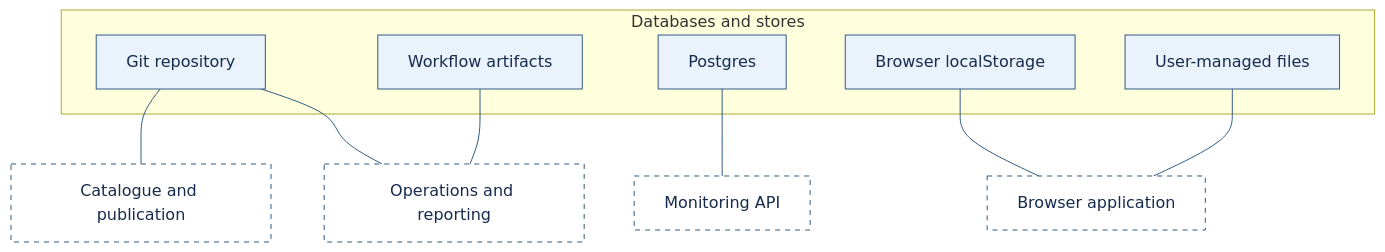
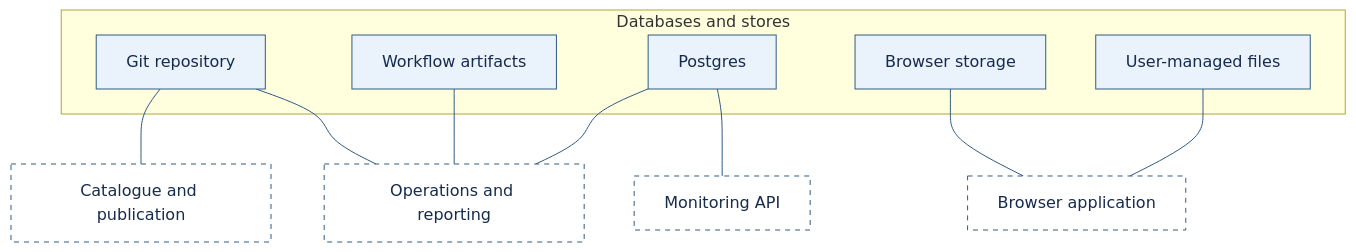
One commit to pekka-28/unesco changed the seventh of 8 diagrams in ARCHITECTURE.md. Above: the diagram before and after it, drawn with Mermaid. The commit also changed other lines of this file and 16 other files, not shown here.

````diff
--- a/ARCHITECTURE.md
+++ b/ARCHITECTURE.md
@@ -223,26 +233,27 @@
 ```mermaid
 flowchart TB
     subgraph Stores["Databases and stores"]
         Git["Git repository"]
         DB["Postgres"]
-        Local["Browser localStorage"]
+        Local["Browser storage"]
         Files["User-managed files"]
         Artifacts["Workflow artifacts"]
     end
     Catalogue["Catalogue and publication"]
     Monitoring["Monitoring API"]
     Operations["Operations and reporting"]
     Browser["Browser application"]
     Git --- Catalogue
     Git --- Operations
     DB --- Monitoring
     Artifacts --- Operations
     Local --- Browser
     Files --- Browser
+    DB --- Operations
     classDef owned fill:#eaf2fb,stroke:#315b80,color:#172b4d
     classDef sibling fill:#ffffff,stroke:#315b80,color:#172b4d,stroke-dasharray:5 5
     classDef external fill:#eeeeee,stroke:#888888,color:#555555
     linkStyle default stroke:#315b80
     class Git,DB,Local,Files,Artifacts owned
     class Catalogue,Monitoring,Operations,Browser sibling
 ```
````
